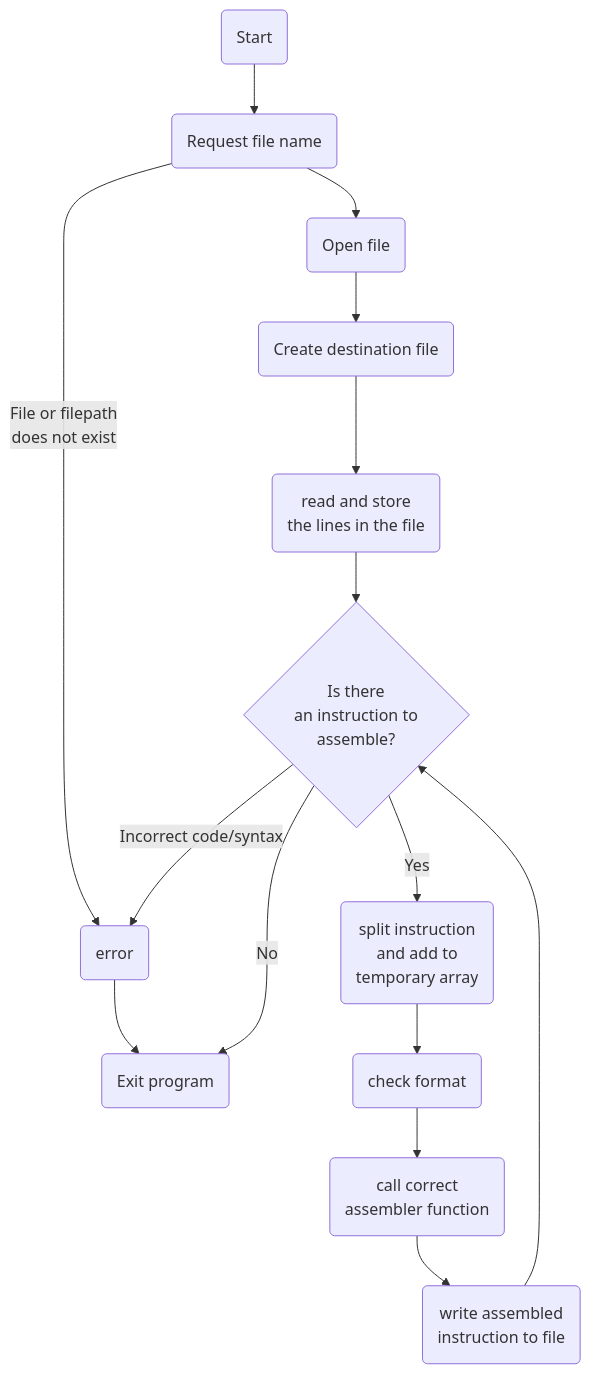
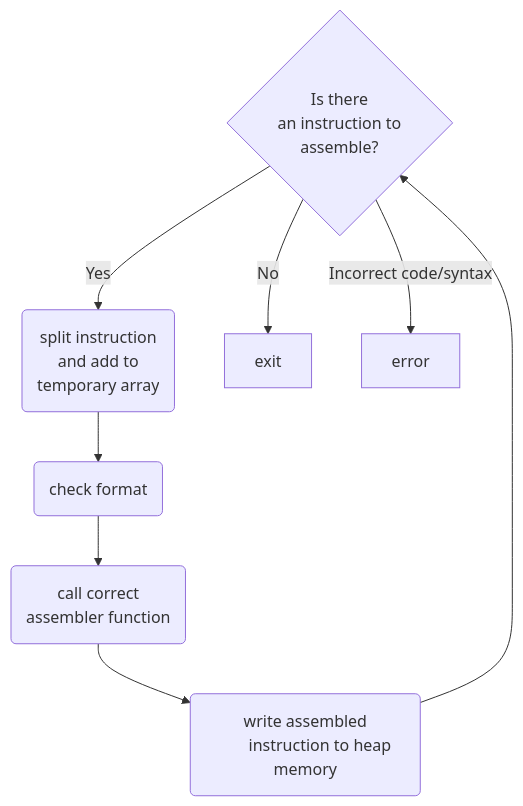
One commit to StijnVerwoerd/Risc-Verter-32 changed the diagram in README.md. Above: the diagram before and after it, drawn with Mermaid. The commit also changed other lines of this file and 10 other files, not shown here.

````diff
--- a/README.md
+++ b/README.md
@@ -24,44 +22,24 @@
 ```mermaid
 
 graph TD
-
-    start(Start)
-    file(Request file name)
-    error(error)
-    exit(Exit program)
-    openFile(Open file)
-    readLines(read and store
-    the lines in the file)
-    newFile(Create destination file)
-
 
         analyzeFile{Is there 
         an instruction to 
         assemble?}
         split(split instruction
         and add to
         temporary array)
         format(check format)
         function(call correct 
         assembler function)
         assembledFile(write assembled
-        instruction to file)
+        instruction to heap memory)
 
-    start --> file
-
-    file -- File or filepath 
-    does not exist --> error 
-
-    file --> openFile
-    error --> exit
-    openFile --> newFile
-    newFile --> readLines
-    readLines --> analyzeFile
     analyzeFile -- Yes --> split
     analyzeFile -- No --> exit
     analyzeFile -- Incorrect code/syntax --> error
     split --> format
     format --> function
     function --> assembledFile
     assembledFile --> analyzeFile
 ```
````
